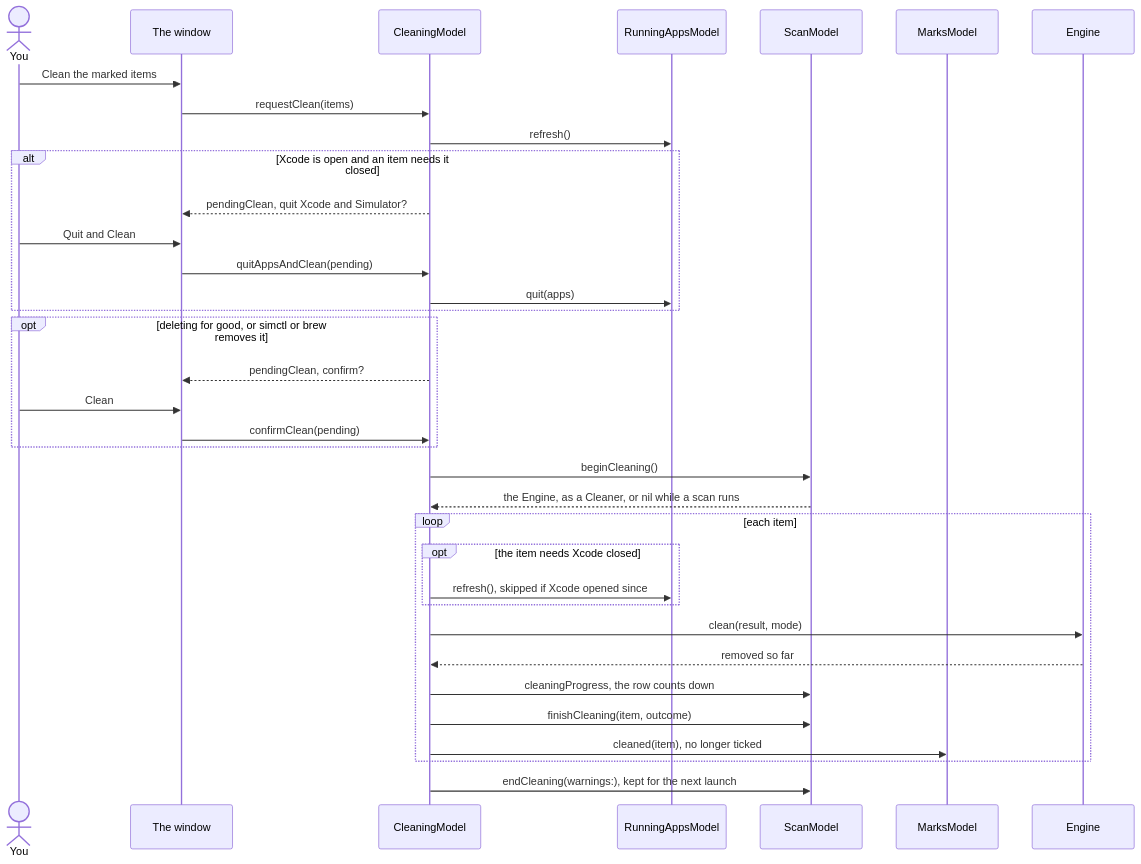
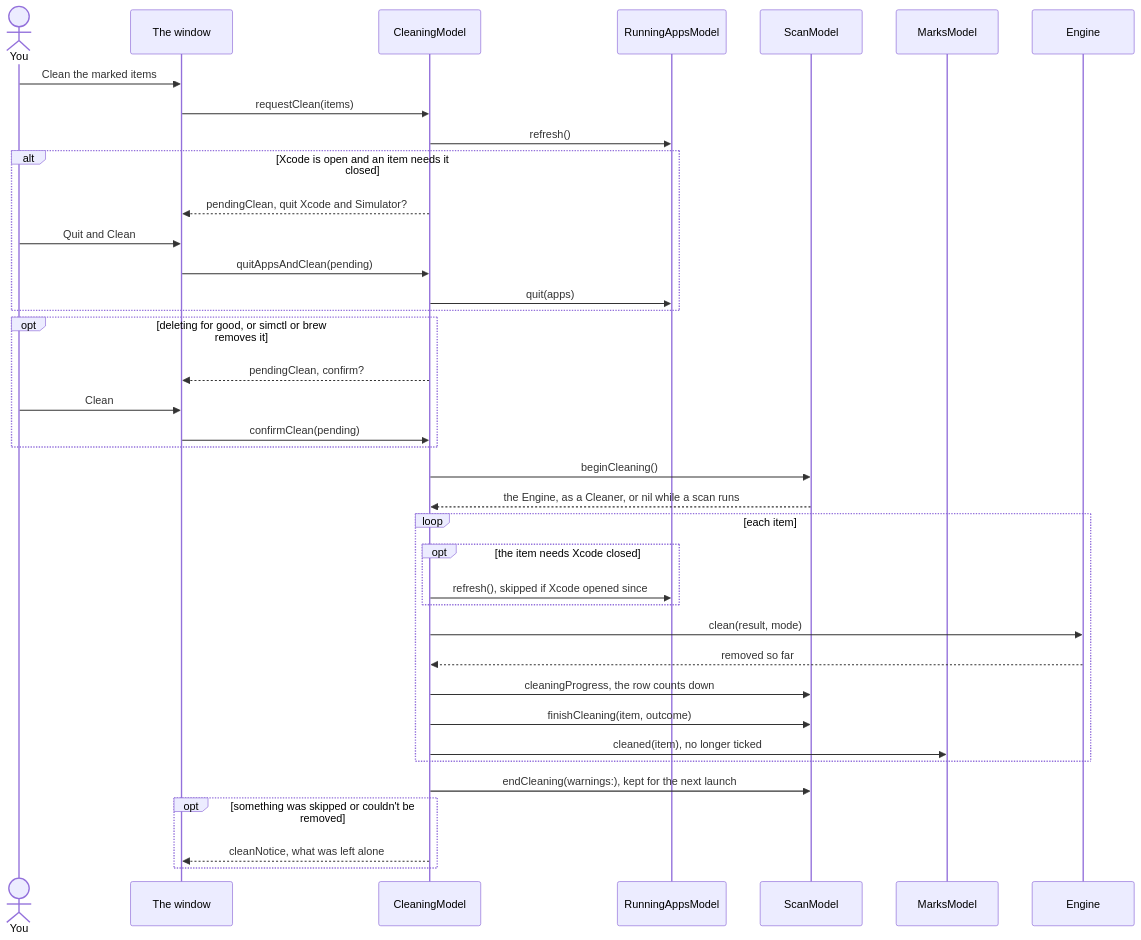
The third of 3 diagrams in docs/architecture.md (JaviLorbada/devsweep), drawn with Mermaid before and after one commit.

Commit message:
Show the clean's notice in the clean diagram
The diagram ended at endCleaning, so it never showed the window saying
what a clean left alone.

````diff
--- a/docs/architecture.md
+++ b/docs/architecture.md
@@ -265,37 +265,40 @@
 ```mermaid
 sequenceDiagram
   actor You
   participant Window as The window
   participant Cleaning as CleaningModel
   participant Apps as RunningAppsModel
   participant Scan as ScanModel
   participant Marks as MarksModel
   participant Engine
   You->>Window: Clean the marked items
   Window->>Cleaning: requestClean(items)
   Cleaning->>Apps: refresh()
   alt Xcode is open and an item needs it closed
     Cleaning-->>Window: pendingClean, quit Xcode and Simulator?
     You->>Window: Quit and Clean
     Window->>Cleaning: quitAppsAndClean(pending)
     Cleaning->>Apps: quit(apps)
   end
   opt deleting for good, or simctl or brew removes it
     Cleaning-->>Window: pendingClean, confirm?
     You->>Window: Clean
     Window->>Cleaning: confirmClean(pending)
   end
   Cleaning->>Scan: beginCleaning()
   Scan-->>Cleaning: the Engine, as a Cleaner, or nil while a scan runs
   loop each item
     opt the item needs Xcode closed
       Cleaning->>Apps: refresh(), skipped if Xcode opened since
     end
     Cleaning->>Engine: clean(result, mode)
     Engine-->>Cleaning: removed so far
     Cleaning->>Scan: cleaningProgress, the row counts down
     Cleaning->>Scan: finishCleaning(item, outcome)
     Cleaning->>Marks: cleaned(item), no longer ticked
   end
   Cleaning->>Scan: endCleaning(warnings:), kept for the next launch
+  opt something was skipped or couldn't be removed
+    Cleaning-->>Window: cleanNotice, what was left alone
+  end
 ```
````
